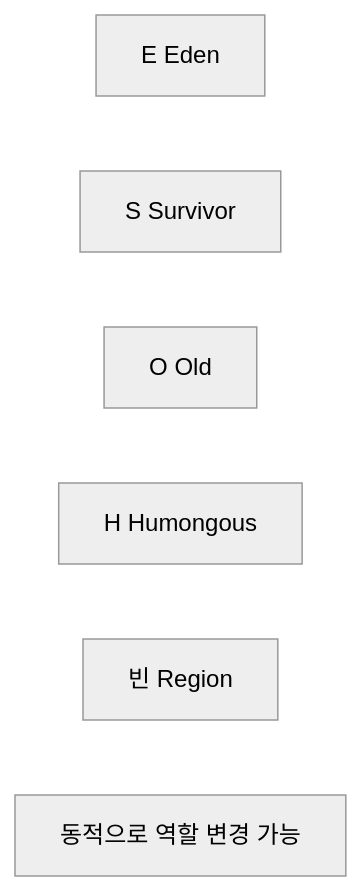
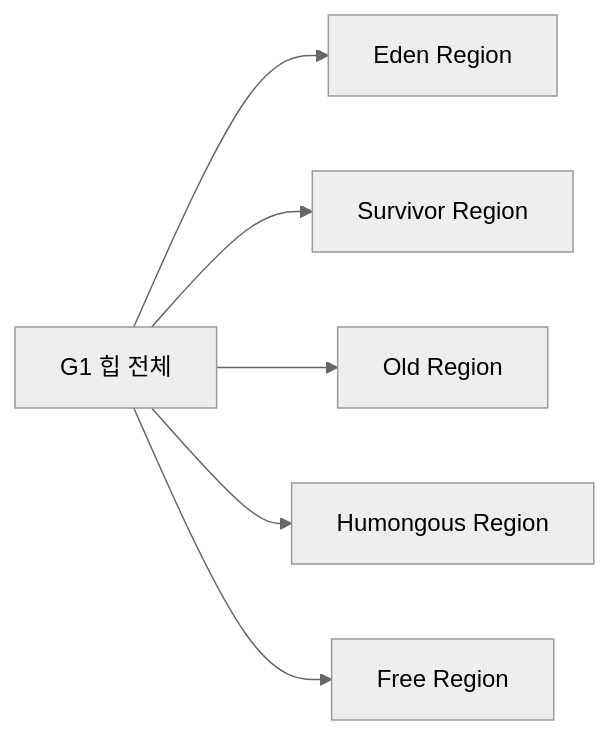
The fifth of 9 diagrams in _posts/java/2026-05-01-java-garbage-collector.md (yjkim2015/yjkim2015.github.io), drawn with Mermaid (neutral theme) before and after one commit. The commit also changed other lines of this file and 4 other files, not shown here.

````diff
--- a/_posts/java/2026-05-01-java-garbage-collector.md
+++ b/_posts/java/2026-05-01-java-garbage-collector.md
@@ -251,6 +505,8 @@
 ```mermaid
 graph LR
-    R1["E Eden"] & R2["S Survivor"] & R3["O Old"]
-    R4["H Humongous"] & R5["빈 Region"]
-    LEGEND["동적으로 역할 변경 가능"]
+    HEAP["G1 힙 전체"] --> E["Eden Region"]
+    HEAP --> S["Survivor Region"]
+    HEAP --> O["Old Region"]
+    HEAP --> H["Humongous Region"]
+    HEAP --> FREE["Free Region"]
 ```
````
